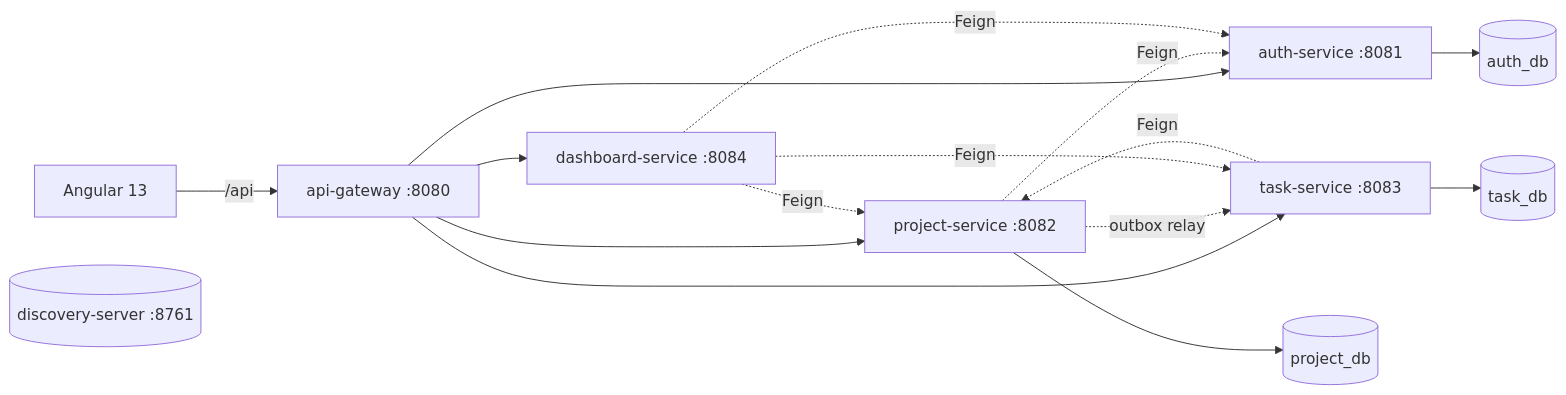
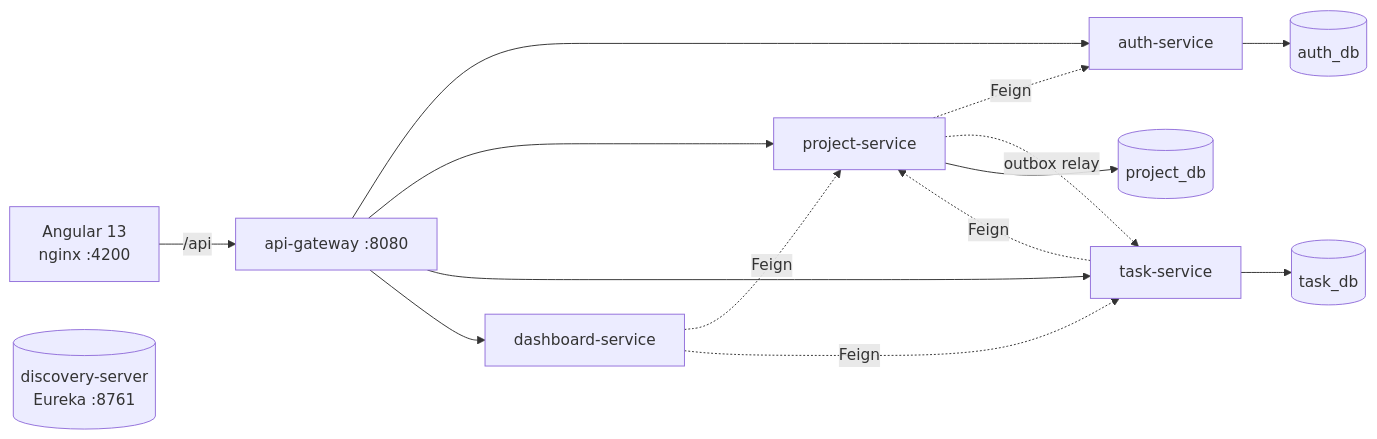
Before and after one commit to omercnkc/toDo: the diagram in README.md, drawn with Mermaid. The commit also changed other lines of this file and 21 other files, not shown here.

First line of the commit message:
docs: README ve belgeler gerçeğe uyduruldu; gateway hata yanıtları ApiError

````diff
--- a/README.md
+++ b/README.md
@@ -22,16 +119,16 @@
 ```mermaid
 flowchart LR
-  FE[Angular 13] -->|/api| GW[api-gateway :8080]
-  GW --> AUTH[auth-service :8081]
-  GW --> PROJ[project-service :8082]
-  GW --> TASK[task-service :8083]
-  GW --> DASH[dashboard-service :8084]
+  FE[Angular 13<br/>nginx :4200] -->|/api| GW[api-gateway :8080]
+  GW --> AUTH[auth-service]
+  GW --> PROJ[project-service]
+  GW --> TASK[task-service]
+  GW --> DASH[dashboard-service]
   TASK -. Feign .-> PROJ
   PROJ -. Feign .-> AUTH
   PROJ -. outbox relay .-> TASK
-  DASH -. Feign .-> PROJ & TASK & AUTH
-  EUR[(discovery-server :8761)]
+  DASH -. Feign .-> PROJ & TASK
+  EUR[(discovery-server<br/>Eureka :8761)]
   AUTH --> DB1[(auth_db)]
   PROJ --> DB2[(project_db)]
   TASK --> DB3[(task_db)]
 ```
````
